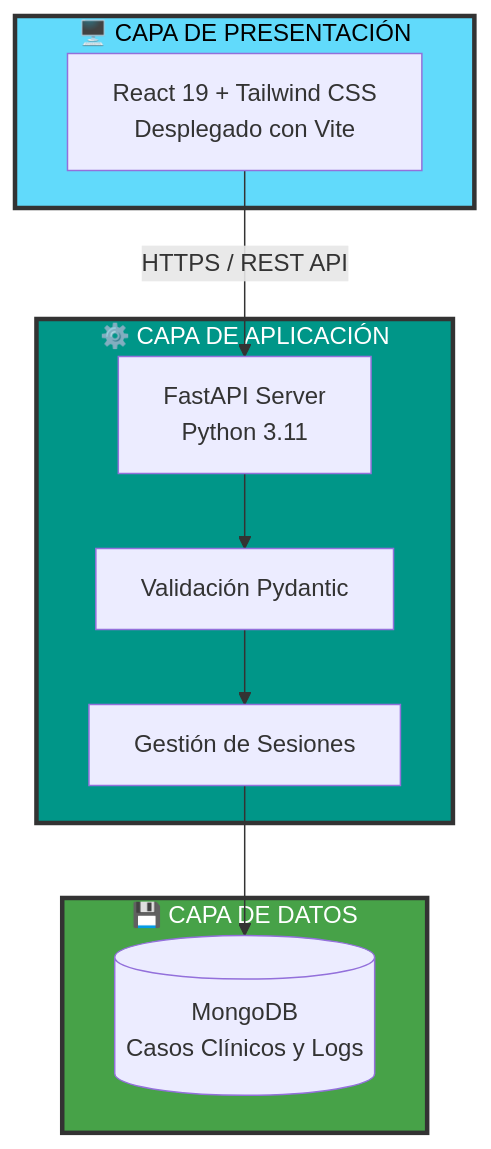
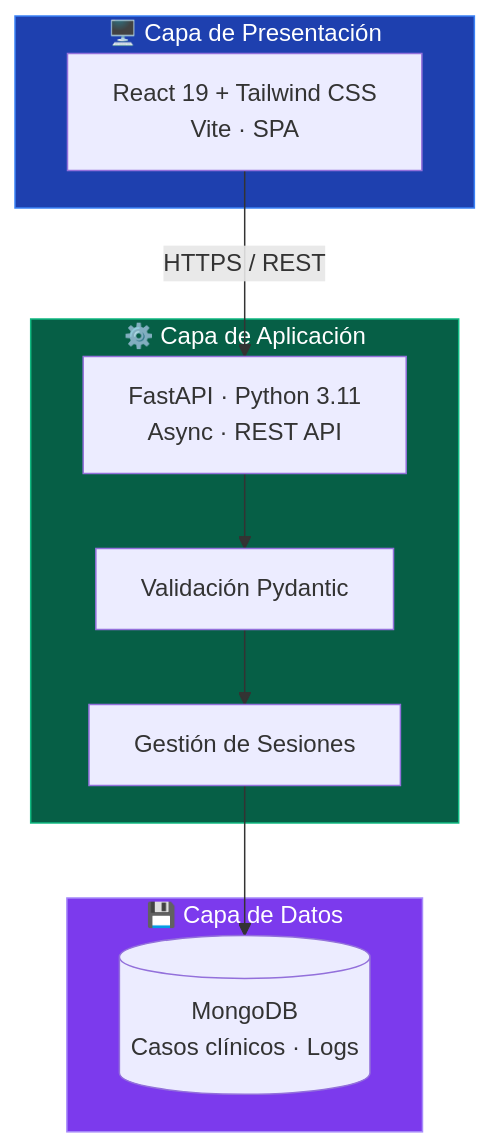
One commit to Alejandro14-hue/PIMD-CodeCrusaiders changed the first of 2 diagrams in README.md. Above: the diagram before and after it, drawn with Mermaid. The commit also changed other lines of this file, not shown here.

````diff
--- a/README.md
+++ b/README.md
@@ -40,25 +61,26 @@
 ```mermaid
 graph TB
-    subgraph Capa_Presentacion["🖥️ CAPA DE PRESENTACIÓN"]
-        UI[React 19 + Tailwind CSS<br/>Desplegado con Vite]
+    subgraph Frontend["🖥️  Capa de Presentación"]
+        UI["React 19 + Tailwind CSS
+        Vite · SPA"]
     end
-    
-    subgraph Capa_Aplicacion["⚙️ CAPA DE APLICACIÓN"]
-        FastAPI[FastAPI Server<br/>Python 3.11]
-        Safety[Validación Pydantic]
-        Auth[Gestión de Sesiones]
+
+    subgraph Backend["⚙️  Capa de Aplicación"]
+        FastAPI["FastAPI · Python 3.11
+        Async · REST API"]
+        Pydantic["Validación Pydantic"]
+        Auth["Gestión de Sesiones"]
     end
-    
-    subgraph Capa_Datos["💾 CAPA DE DATOS"]
-        MDB[(MongoDB<br/>Casos Clínicos y Logs)]
+
+    subgraph Data["💾  Capa de Datos"]
+        MongoDB[("MongoDB
+        Casos clínicos · Logs")]
     end
-    
-    UI -->|HTTPS / REST API| FastAPI
-    FastAPI --> Safety
-    Safety --> Auth
-    Auth --> MDB
-    
-    style Capa_Presentacion fill:#61dafb,stroke:#333,stroke-width:3px,color:#000
-    style Capa_Aplicacion fill:#009688,stroke:#333,stroke-width:3px,color:#fff
-    style Capa_Datos fill:#47a248,stroke:#333,stroke-width:3px,color:#fff
+
+    UI -- "HTTPS / REST" --> FastAPI
+    FastAPI --> Pydantic --> Auth --> MongoDB
+
+    style Frontend  fill:#1e40af,stroke:#3b82f6,color:#fff
+    style Backend   fill:#065f46,stroke:#10b981,color:#fff
+    style Data      fill:#7c3aed,stroke:#a78bfa,color:#fff
 ```
````
